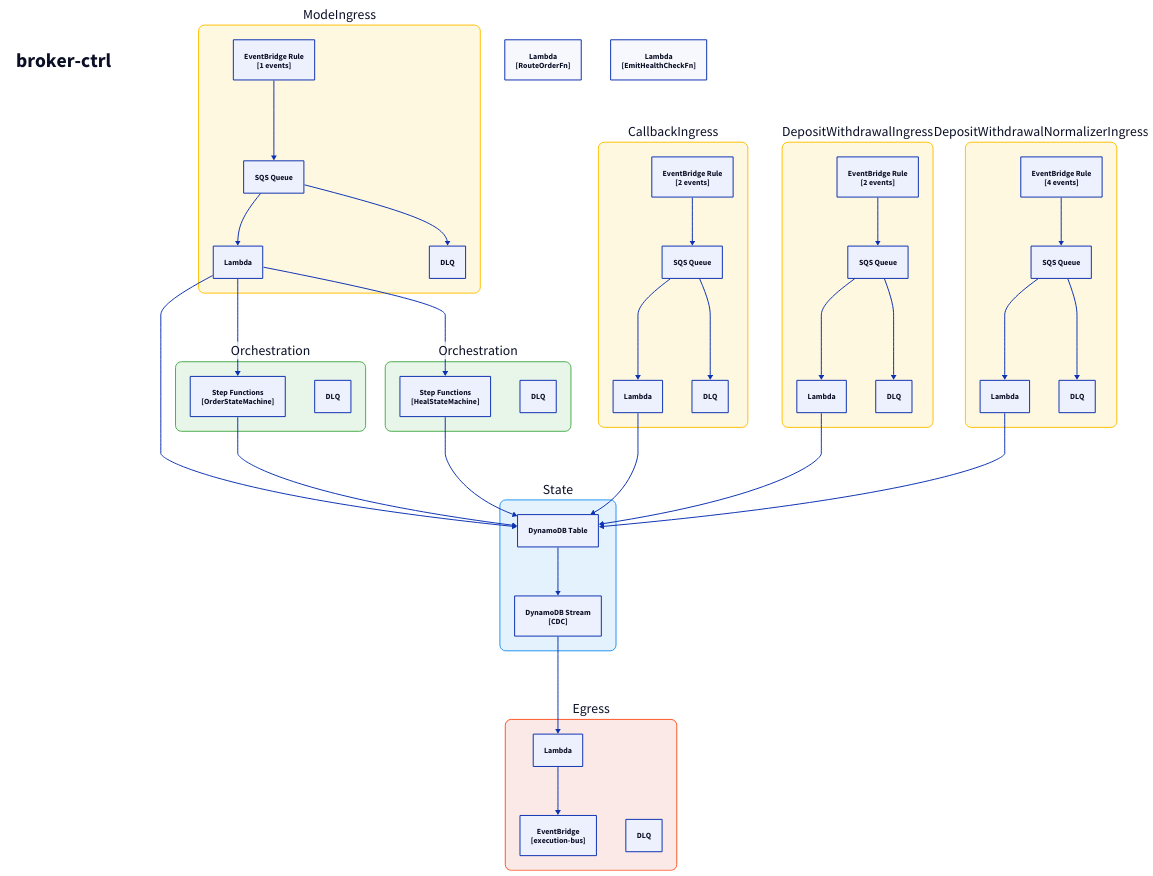
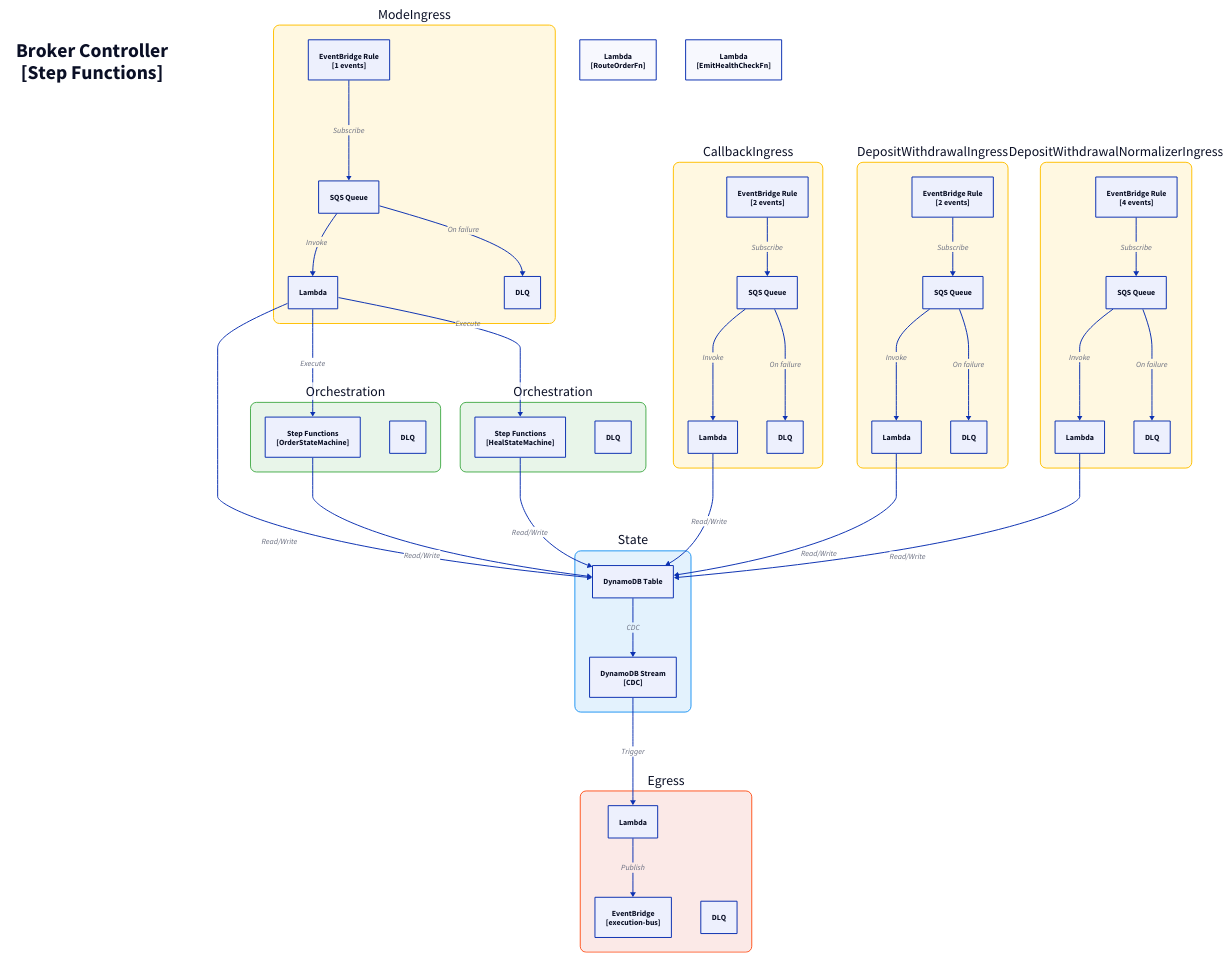
The diagram in docs/architecture/c3/broker-ctrl.d2 (fabio-vitali/nestfolio), drawn with D2 before and after one commit. The commit also changed 71 other files, not shown here.

Commit message:
fix: regenerate C4 diagrams with semantic labels

```diff
--- a/docs/architecture/c3/broker-ctrl.d2
+++ b/docs/architecture/c3/broker-ctrl.d2
@@ -1,91 +1,95 @@
 direction: down
 
-title: "broker-ctrl" {
+title: "Broker Controller\n[Step Functions]" {
   style: { font-size: 40; bold: true; fill: transparent; stroke: transparent }
 }
 
 mode-ingress: "ModeIngress" {
   style: { fill: "#FFF8E1"; stroke: "#FFC107"; border-radius: 12; font-size: 28 }
   rule: "EventBridge Rule\n[1 events]" { class: aws-eventbridge }
   sqs: "SQS Queue" { class: aws-sqs }
   dlq: "DLQ" { class: aws-dlq }
   handler: "Lambda" { class: aws-lambda }
 
-  rule -> sqs -> handler
-  sqs -> dlq
+  rule -> sqs: Subscribe
+  sqs -> handler: Invoke
+  sqs -> dlq: On failure
 }
 
 callback-ingress: "CallbackIngress" {
   style: { fill: "#FFF8E1"; stroke: "#FFC107"; border-radius: 12; font-size: 28 }
   rule: "EventBridge Rule\n[2 events]" { class: aws-eventbridge }
   sqs: "SQS Queue" { class: aws-sqs }
   dlq: "DLQ" { class: aws-dlq }
   handler: "Lambda" { class: aws-lambda }
 
-  rule -> sqs -> handler
-  sqs -> dlq
+  rule -> sqs: Subscribe
+  sqs -> handler: Invoke
+  sqs -> dlq: On failure
 }
 
 deposit-withdrawal-ingress: "DepositWithdrawalIngress" {
   style: { fill: "#FFF8E1"; stroke: "#FFC107"; border-radius: 12; font-size: 28 }
   rule: "EventBridge Rule\n[2 events]" { class: aws-eventbridge }
   sqs: "SQS Queue" { class: aws-sqs }
   dlq: "DLQ" { class: aws-dlq }
   handler: "Lambda" { class: aws-lambda }
 
-  rule -> sqs -> handler
-  sqs -> dlq
+  rule -> sqs: Subscribe
+  sqs -> handler: Invoke
+  sqs -> dlq: On failure
 }
 
 deposit-withdrawal-normalizer-ingress: "DepositWithdrawalNormalizerIngress" {
   style: { fill: "#FFF8E1"; stroke: "#FFC107"; border-radius: 12; font-size: 28 }
   rule: "EventBridge Rule\n[4 events]" { class: aws-eventbridge }
   sqs: "SQS Queue" { class: aws-sqs }
   dlq: "DLQ" { class: aws-dlq }
   handler: "Lambda" { class: aws-lambda }
 
-  rule -> sqs -> handler
-  sqs -> dlq
+  rule -> sqs: Subscribe
+  sqs -> handler: Invoke
+  sqs -> dlq: On failure
 }
 
 state: "State" {
   style: { fill: "#E3F2FD"; stroke: "#2196F3"; border-radius: 12; font-size: 28 }
   table: "DynamoDB Table" { class: aws-dynamodb }
   stream: "DynamoDB Stream\n[CDC]" { class: aws-ddb-stream }
-  table -> stream
+  table -> stream: CDC
 }
 
 egress: "Egress" {
   style: { fill: "#FBE9E7"; stroke: "#FF5722"; border-radius: 12; font-size: 28 }
   processor: "Lambda" { class: aws-lambda }
   bus: "EventBridge\n[execution-bus]" { class: aws-eventbridge }
   dlq: "DLQ" { class: aws-dlq }
 
-  processor -> bus
+  processor -> bus: Publish
 }
 
 order-state-machine: "Orchestration" {
   style: { fill: "#E8F5E9"; stroke: "#4CAF50"; border-radius: 12; font-size: 28 }
   state-machine: "Step Functions\n[OrderStateMachine]" { class: aws-stepfunctions }
   dlq: "DLQ" { class: aws-dlq }
 }
 
 heal-state-machine: "Orchestration" {
   style: { fill: "#E8F5E9"; stroke: "#4CAF50"; border-radius: 12; font-size: 28 }
   state-machine: "Step Functions\n[HealStateMachine]" { class: aws-stepfunctions }
   dlq: "DLQ" { class: aws-dlq }
 }
 
 route-order-fn: "Lambda\n[RouteOrderFn]" { class: aws-lambda }
 emit-health-check-fn: "Lambda\n[EmitHealthCheckFn]" { class: aws-lambda }
 
 # Flows
-mode-ingress.handler -> state.table
-callback-ingress.handler -> state.table
-deposit-withdrawal-ingress.handler -> state.table
-deposit-withdrawal-normalizer-ingress.handler -> state.table
-state.stream -> egress.processor
-mode-ingress.handler -> order-state-machine.state-machine
-order-state-machine.state-machine -> state.table
-mode-ingress.handler -> heal-state-machine.state-machine
-heal-state-machine.state-machine -> state.table
+mode-ingress.handler -> state.table: Read/Write
+callback-ingress.handler -> state.table: Read/Write
+deposit-withdrawal-ingress.handler -> state.table: Read/Write
+deposit-withdrawal-normalizer-ingress.handler -> state.table: Read/Write
+state.stream -> egress.processor: Trigger
+mode-ingress.handler -> order-state-machine.state-machine: Execute
+order-state-machine.state-machine -> state.table: Read/Write
+mode-ingress.handler -> heal-state-machine.state-machine: Execute
+heal-state-machine.state-machine -> state.table: Read/Write
```
